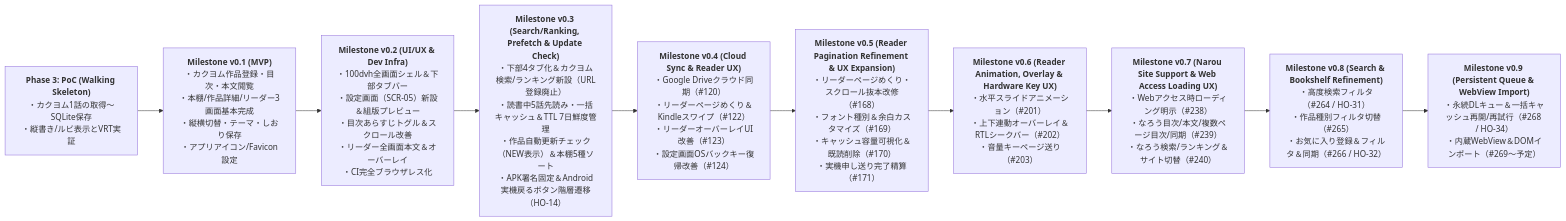
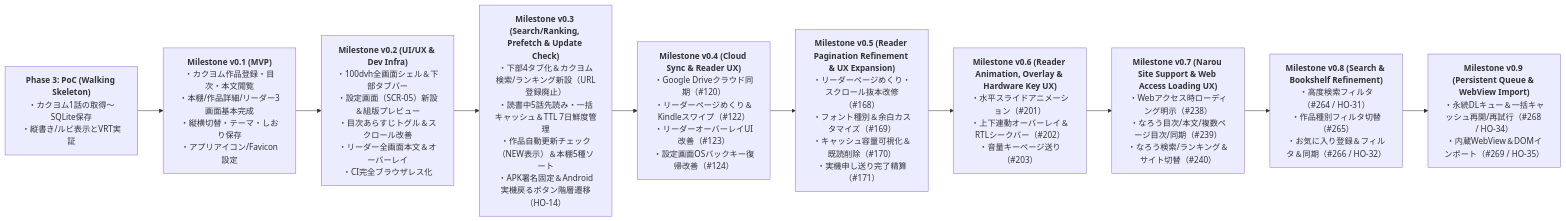
One commit to high-soar/Yommy changed the diagram in docs/specs/requirements.md. Above: the diagram before and after it, drawn with Mermaid. The commit also changed other lines of this file and 30 other files, not shown here.

````diff
--- a/docs/specs/requirements.md
+++ b/docs/specs/requirements.md
@@ -208,15 +209,15 @@
 ```mermaid
 flowchart LR
     PoC["<b>Phase 3: PoC (Walking Skeleton)</b><br>・カクヨム1話の取得〜SQLite保存<br>・縦書き/ルビ表示とVRT実証"]
     M1["<b>Milestone v0.1 (MVP)</b><br>・カクヨム作品登録・目次・本文閲覧<br>・本棚/作品詳細/リーダー3画面基本完成<br>・縦横切替・テーマ・しおり保存<br>・アプリアイコン/Favicon設定"]
     M2["<b>Milestone v0.2 (UI/UX & Dev Infra)</b><br>・100dvh全画面シェル＆下部タブバー<br>・設定画面（SCR-05）新設＆組版プレビュー<br>・目次あらすじトグル＆スクロール改善<br>・リーダー全画面本文＆オーバーレイ<br>・CI完全ブラウザレス化"]
     M3["<b>Milestone v0.3 (Search/Ranking, Prefetch & Update Check)</b><br>・下部4タブ化＆カクヨム検索/ランキング新設（URL登録廃止）<br>・読書中5話先読み・一括キャッシュ＆TTL 7日鮮度管理<br>・作品自動更新チェック（NEW表示）＆本棚5種ソート<br>・APK署名固定＆Android実機戻るボタン階層遷移（HO-14）"]
     M4["<b>Milestone v0.4 (Cloud Sync & Reader UX)</b><br>・Google Driveクラウド同期（#120）<br>・リーダーページめくり＆Kindleスワイプ（#122）<br>・リーダーオーバーレイUI改善（#123）<br>・設定画面OSバックキー復帰改善（#124）"]
     M5["<b>Milestone v0.5 (Reader Pagination Refinement & UX Expansion)</b><br>・リーダーページめくり・スクロール抜本改修（#168）<br>・フォント種別＆余白カスタマイズ（#169）<br>・キャッシュ容量可視化＆既読削除（#170）<br>・実機申し送り完了精算（#171）"]
     M6["<b>Milestone v0.6 (Reader Animation, Overlay & Hardware Key UX)</b><br>・水平スライドアニメーション（#201）<br>・上下連動オーバーレイ＆RTLシークバー（#202）<br>・音量キーページ送り（#203）"]
     M7["<b>Milestone v0.7 (Narou Site Support & Web Access Loading UX)</b><br>・Webアクセス時ローディング明示（#238）<br>・なろう目次/本文/複数ページ目次/同期（#239）<br>・なろう検索/ランキング＆サイト切替（#240）"]
     M8["<b>Milestone v0.8 (Search & Bookshelf Refinement)</b><br>・高度検索フィルタ（#264 / HO-31）<br>・作品種別フィルタ切替（#265）<br>・お気に入り登録＆フィルタ＆同期（#266 / HO-32）"]
-    M9["<b>Milestone v0.9 (Persistent Queue & WebView Import)</b><br>・永続DLキュー＆一括キャッシュ再開/再試行（#268 / HO-34）<br>・内蔵WebView＆DOMインポート（#269〜予定）"]
+    M9["<b>Milestone v0.9 (Persistent Queue & WebView Import)</b><br>・永続DLキュー＆一括キャッシュ再開/再試行（#268 / HO-34）<br>・内蔵WebView＆DOMインポート（#269 / HO-35）"]
 
     PoC --> M1 --> M2 --> M3 --> M4 --> M5 --> M6 --> M7 --> M8 --> M9
 ```
````
